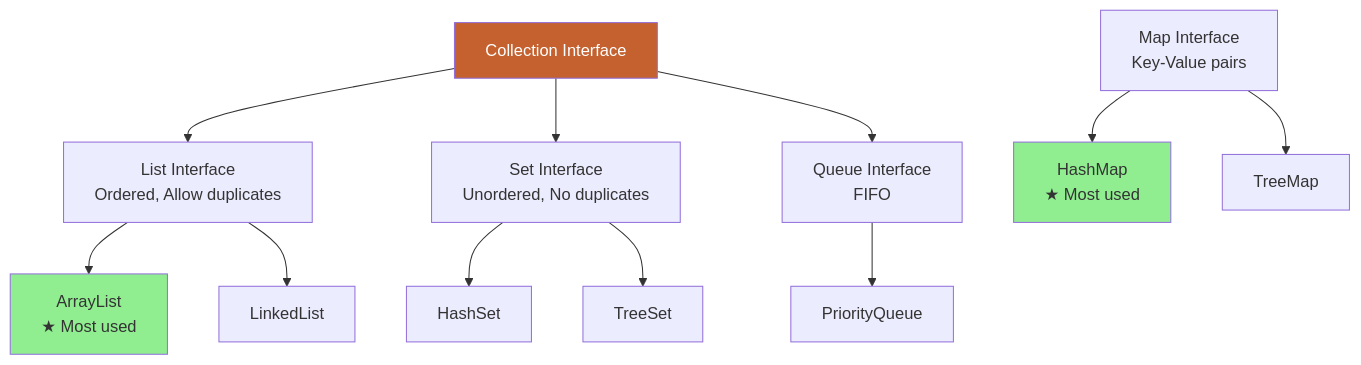
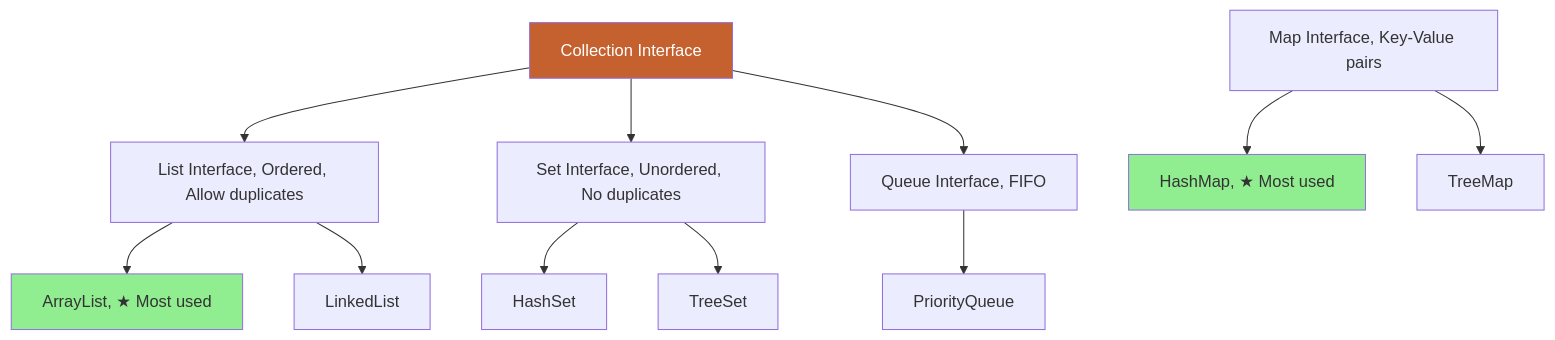
Before and after one commit to namnd0806/automation-testing-cource: the third of 4 diagrams in 02-java-refresher.md, drawn with Mermaid. The commit also changed other lines of this file and 4 other files, not shown here.

First line of the commit message:
Fix: Sửa tất cả sơ đồ Mermaid lỗi format

````diff
--- a/02-java-refresher.md
+++ b/02-java-refresher.md
@@ -314,23 +311,23 @@
 ```mermaid
 graph TD
     A[Collection Interface]
     
-    A --> B[List Interface<br/>Ordered, Allow duplicates]
-    A --> C[Set Interface<br/>Unordered, No duplicates]
-    A --> D[Queue Interface<br/>FIFO]
+    A --> B[List Interface, Ordered, Allow duplicates]
+    A --> C[Set Interface, Unordered, No duplicates]
+    A --> D[Queue Interface, FIFO]
     
-    B --> E[ArrayList<br/>★ Most used]
+    B --> E[ArrayList, ★ Most used]
     B --> F[LinkedList]
     
     C --> G[HashSet]
     C --> H[TreeSet]
     
     D --> I[PriorityQueue]
     
-    J[Map Interface<br/>Key-Value pairs] --> K[HashMap<br/>★ Most used]
+    J[Map Interface, Key-Value pairs] --> K[HashMap, ★ Most used]
     J --> L[TreeMap]
     
     style A fill:#C4612F,color:#fff
     style E fill:#90EE90
     style K fill:#90EE90
 ```
````
